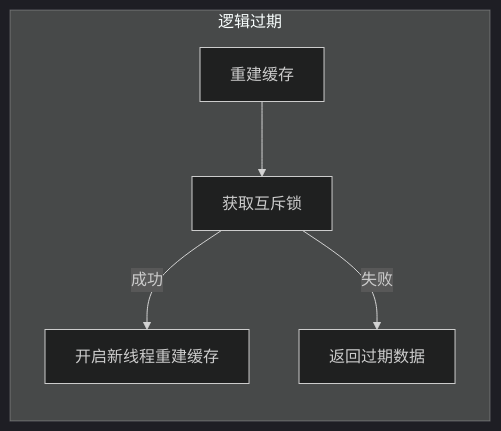
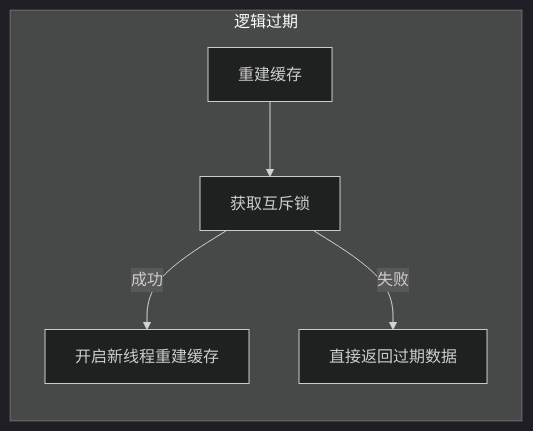
Before and after one commit to csliujw/CodeNotes: the ninth of 19 diagrams in 中间件/Redis-实战.md, drawn with Mermaid (dark theme). The commit also changed other lines of this file and 27 other files, not shown here.

Commit message:
整合笔记内容，清理部分无用图片，新增部分读书笔记

````diff
--- a/中间件/Redis-实战.md
+++ b/中间件/Redis-实战.md
@@ -1042,8 +1912,8 @@
 ```mermaid
 graph LR
 subgraph 逻辑过期
 	重建缓存-->获取互斥锁
 	获取互斥锁-->|成功|开启新线程重建缓存
-	获取互斥锁-->|失败|返回过期数据
+	获取互斥锁-->|失败|直接返回过期数据
 end
 ```
````
